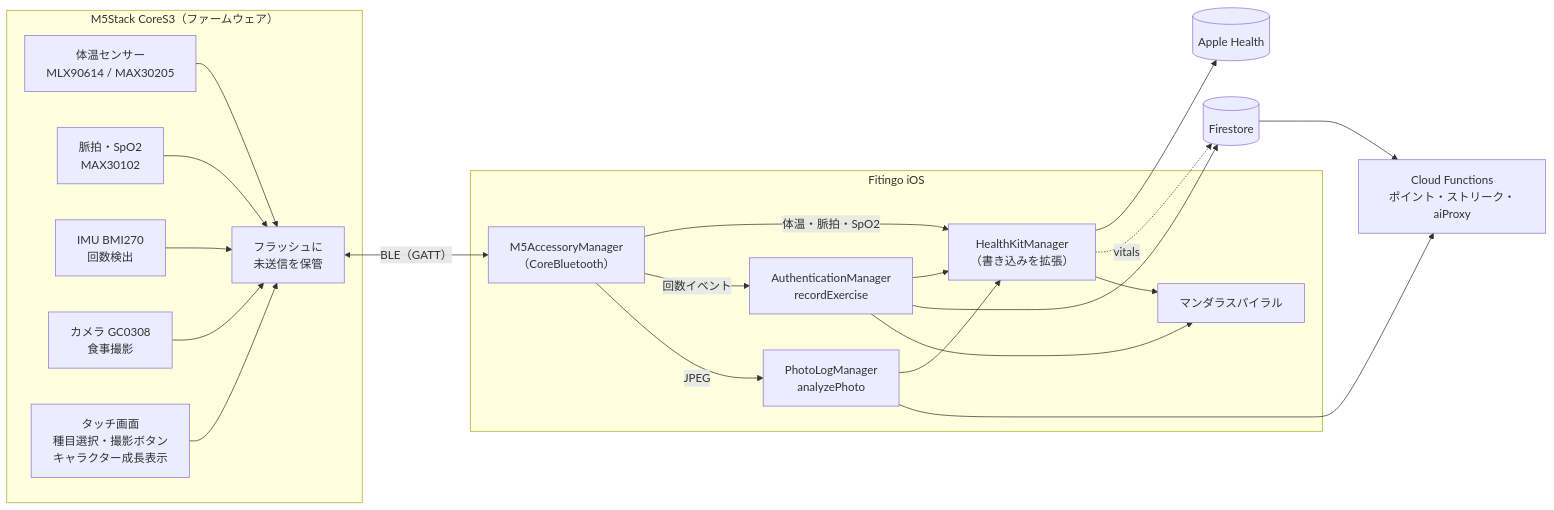
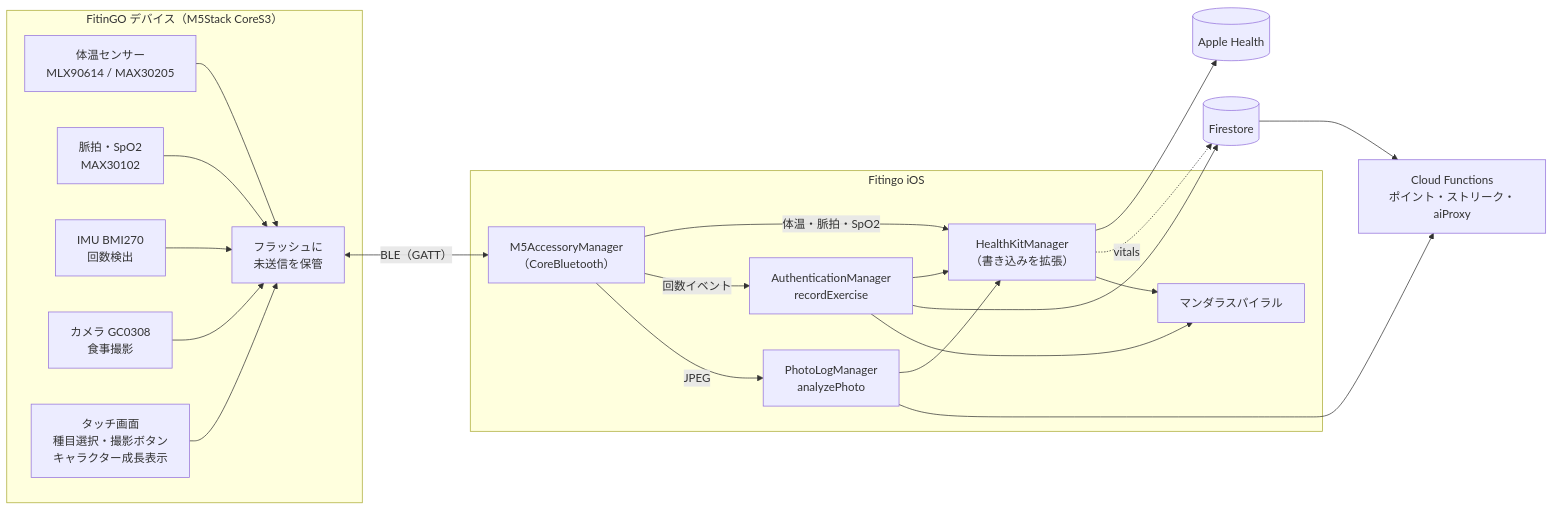
The diagram in docs/M5STACK_ACCESSORY_DESIGN.md (ktrips/kfit), drawn with Mermaid before and after one commit. The commit also changed other lines of this file, not shown here.

````diff
--- a/docs/M5STACK_ACCESSORY_DESIGN.md
+++ b/docs/M5STACK_ACCESSORY_DESIGN.md
@@ -24,39 +24,39 @@
 ```mermaid
 flowchart LR
-    subgraph M5["M5Stack CoreS3（ファームウェア）"]
+    subgraph M5["FitinGO デバイス（M5Stack CoreS3）"]
         S1["体温センサー<br/>MLX90614 / MAX30205"]
         S2["脈拍・SpO2<br/>MAX30102"]
         S3["IMU BMI270<br/>回数検出"]
         S4["カメラ GC0308<br/>食事撮影"]
         UI["タッチ画面<br/>種目選択・撮影ボタン<br/>キャラクター成長表示"]
         BUF["フラッシュに<br/>未送信を保管"]
     end
     subgraph iOS["Fitingo iOS"]
         M5M["M5AccessoryManager<br/>（CoreBluetooth）"]
         HKM["HealthKitManager<br/>（書き込みを拡張）"]
         AUTH["AuthenticationManager<br/>recordExercise"]
         PLM["PhotoLogManager<br/>analyzePhoto"]
         SPI["マンダラスパイラル"]
     end
     HK[("Apple Health")]
     FS[("Firestore")]
     FN["Cloud Functions<br/>ポイント・ストリーク・aiProxy"]
 
     S1 & S2 --> BUF
     S3 --> BUF
     S4 --> BUF
     UI --> BUF
     BUF <-- "BLE（GATT）" --> M5M
     M5M -- "体温・脈拍・SpO2" --> HKM
     M5M -- "回数イベント" --> AUTH
     M5M -- "JPEG" --> PLM
     AUTH --> HKM
     PLM --> HKM
     HKM --> HK
     AUTH --> FS
     HKM -. "vitals" .-> FS
     PLM --> FN
     FS --> FN
     HKM --> SPI
     AUTH --> SPI
 ```
````
